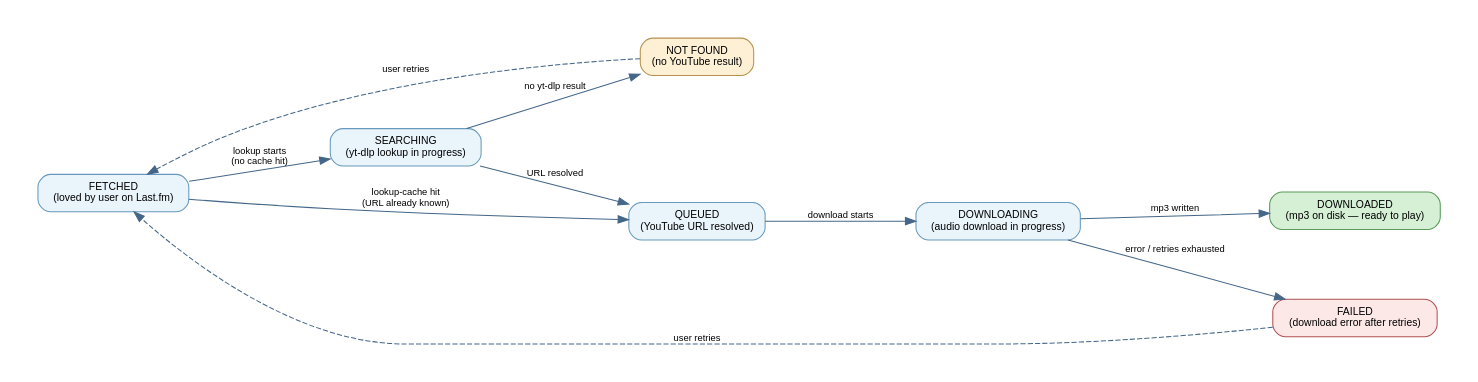
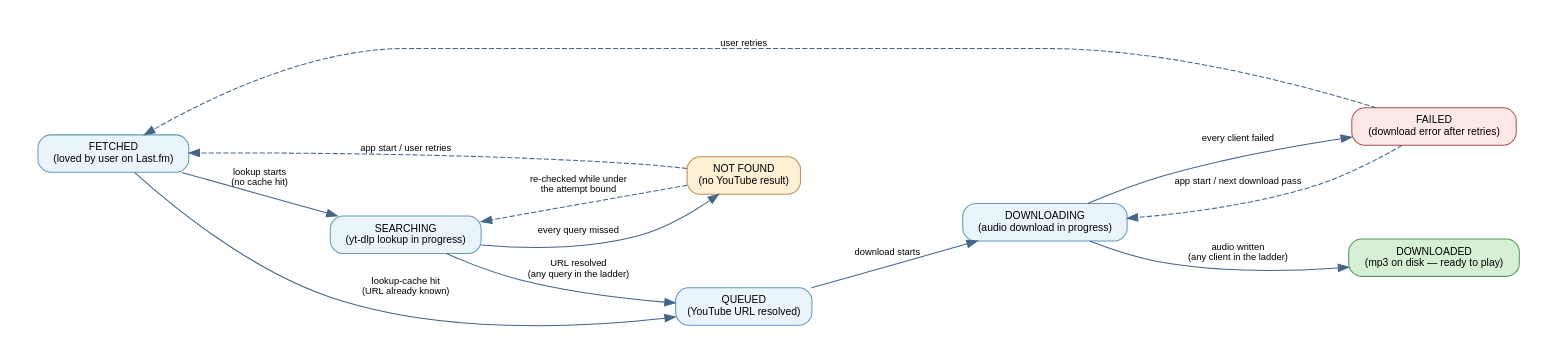
Before and after one commit to marcelpetrick/myLastFmPlayer: the fourth of 5 diagrams in docs/architecture.rst, drawn with Graphviz. The commit also changed other lines of this file and 15 other files, not shown here.

```diff
--- a/docs/architecture.rst
+++ b/docs/architecture.rst
@@ -230,30 +230,33 @@
 .. graphviz::
    :caption: Track state machine
 
    digraph track_states {
        graph [rankdir=LR, pad=0.4, nodesep=0.6, ranksep=1.0];
        node [shape=box, style="rounded,filled", fontname="Helvetica", fontsize=10,
              fillcolor="#eaf4fb", color="#6699bb"];
        edge [fontname="Helvetica", fontsize=9, color="#446688"];
 
        FETCHED     [label="FETCHED\n(loved by user on Last.fm)"];
        SEARCHING   [label="SEARCHING\n(yt-dlp lookup in progress)"];
        QUEUED      [label="QUEUED\n(YouTube URL resolved)"];
        DOWNLOADING [label="DOWNLOADING\n(audio download in progress)"];
        DOWNLOADED  [label="DOWNLOADED\n(mp3 on disk — ready to play)",
                     fillcolor="#d5f0d5", color="#5a9a5a"];
        NOT_FOUND   [label="NOT FOUND\n(no YouTube result)",
                     fillcolor="#fdf0d5", color="#b89050"];
        FAILED      [label="FAILED\n(download error after retries)",
                     fillcolor="#fde8e8", color="#b05050"];
 
        FETCHED     -> SEARCHING   [label="lookup starts\n(no cache hit)"];
        FETCHED     -> QUEUED      [label="lookup-cache hit\n(URL already known)"];
-       SEARCHING   -> QUEUED      [label="URL resolved"];
-       SEARCHING   -> NOT_FOUND   [label="no yt-dlp result"];
+       SEARCHING   -> QUEUED      [label="URL resolved\n(any query in the ladder)"];
+       SEARCHING   -> NOT_FOUND   [label="every query missed"];
        QUEUED      -> DOWNLOADING [label="download starts"];
-       DOWNLOADING -> DOWNLOADED  [label="mp3 written"];
-       DOWNLOADING -> FAILED      [label="error / retries exhausted"];
-       NOT_FOUND   -> FETCHED     [label="user retries", style=dashed];
+       DOWNLOADING -> DOWNLOADED  [label="audio written\n(any client in the ladder)"];
+       DOWNLOADING -> FAILED      [label="every client failed"];
+       NOT_FOUND   -> SEARCHING   [label="re-checked while under\nthe attempt bound",
+                                   style=dashed];
+       NOT_FOUND   -> FETCHED     [label="app start / user retries", style=dashed];
+       FAILED      -> DOWNLOADING [label="app start / next download pass", style=dashed];
        FAILED      -> FETCHED     [label="user retries", style=dashed];
    }
```
